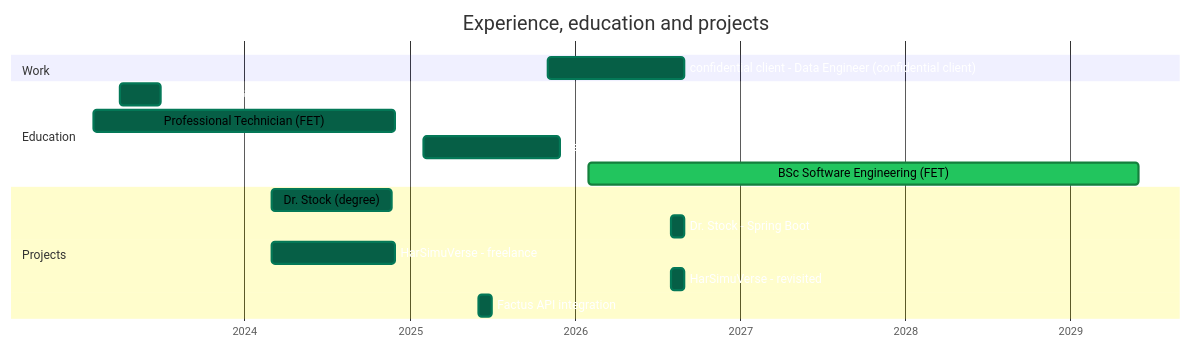
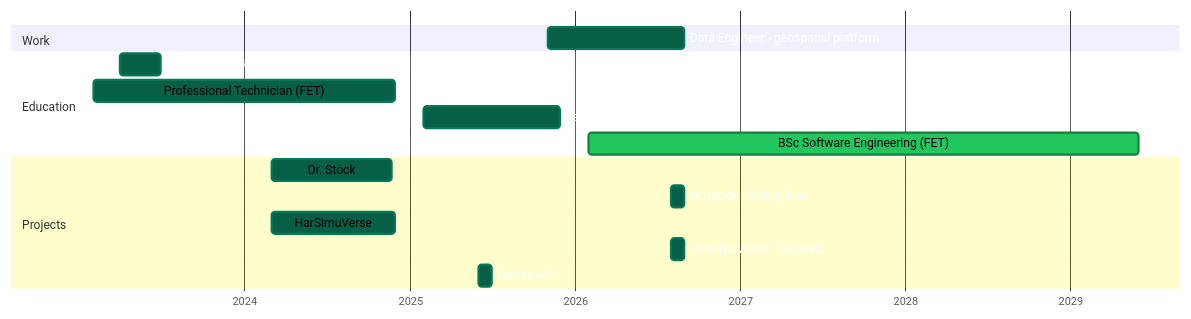
One commit to JuanJo24S/JuanJo24S changed the second of 2 diagrams in README.md. Above: the diagram before and after it, drawn with Mermaid. The commit also changed other lines of this file, not shown here.

First line of the commit message:
Redesign profile around impact and projects

````diff
--- a/README.md
+++ b/README.md
@@ -197,28 +148,27 @@
 ```mermaid
 %%{init: { 'themeVariables': {
 'doneTaskBkgColor': '#065f46',
 'doneTaskBorderColor': '#047857',
 'activeTaskBkgColor': '#22c55e',
 'activeTaskBorderColor': '#15803d',
 'taskTextColor': '#ffffff',
 'taskTextLightColor': '#ffffff',
 'taskTextOutsideColor': '#ffffff'
 }}}%%
 gantt
-title Experience, education and projects
 dateFormat YYYY-MM-DD
 axisFormat %Y
 section Work
-confidential client - Data Engineer (confidential client) :done, 2025-11-01, 2026-08-31
+Data Engineer - geospatial platform :done, 2025-11-01, 2026-08-31
 section Education
-SQL course - Guayerd + Beta Hub :done, 2023-04-01, 2023-06-30
+SQL course - Guayerd :done, 2023-04-01, 2023-06-30
 Professional Technician (FET) :done, 2023-02-01, 2024-11-30
 Technologist Degree (FET) :done, 2025-02-01, 2025-11-30
 BSc Software Engineering (FET) :active, 2026-02-01, 2029-06-01
 section Projects
-Dr. Stock (degree) :done, 2024-03-01, 2024-11-22
+Dr. Stock :done, 2024-03-01, 2024-11-22
 Dr. Stock - Spring Boot :done, 2026-08-01, 2026-08-31
-HarSimuVerse - freelance :done, 2024-03-01, 2024-11-30
+HarSimuVerse :done, 2024-03-01, 2024-11-30
 HarSimuVerse - revisited :done, 2026-08-01, 2026-08-31
-Factus API integration :done, 2025-06-01, 2025-06-30
+Factus API :done, 2025-06-01, 2025-06-30
 ```
````
